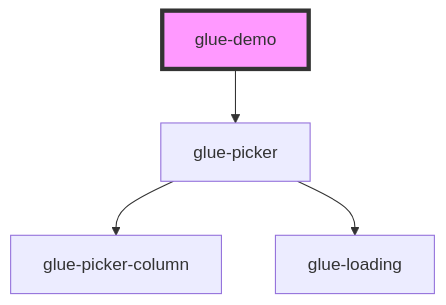
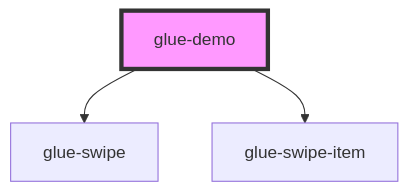
One commit to grasilife/glue changed the diagram in packages/glue-components/src/components/glue-demo/readme.md. Above: the diagram before and after it, drawn with Mermaid. The commit also changed other lines of this file and 7 other files, not shown here.

````diff
--- a/packages/glue-components/src/components/glue-demo/readme.md
+++ b/packages/glue-components/src/components/glue-demo/readme.md
@@ -15,7 +16,6 @@
 ```mermaid
 graph TD;
-  glue-demo --> glue-picker
-  glue-picker --> glue-picker-column
-  glue-picker --> glue-loading
+  glue-demo --> glue-swipe
+  glue-demo --> glue-swipe-item
   style glue-demo fill:#f9f,stroke:#333,stroke-width:4px
 ```
````
